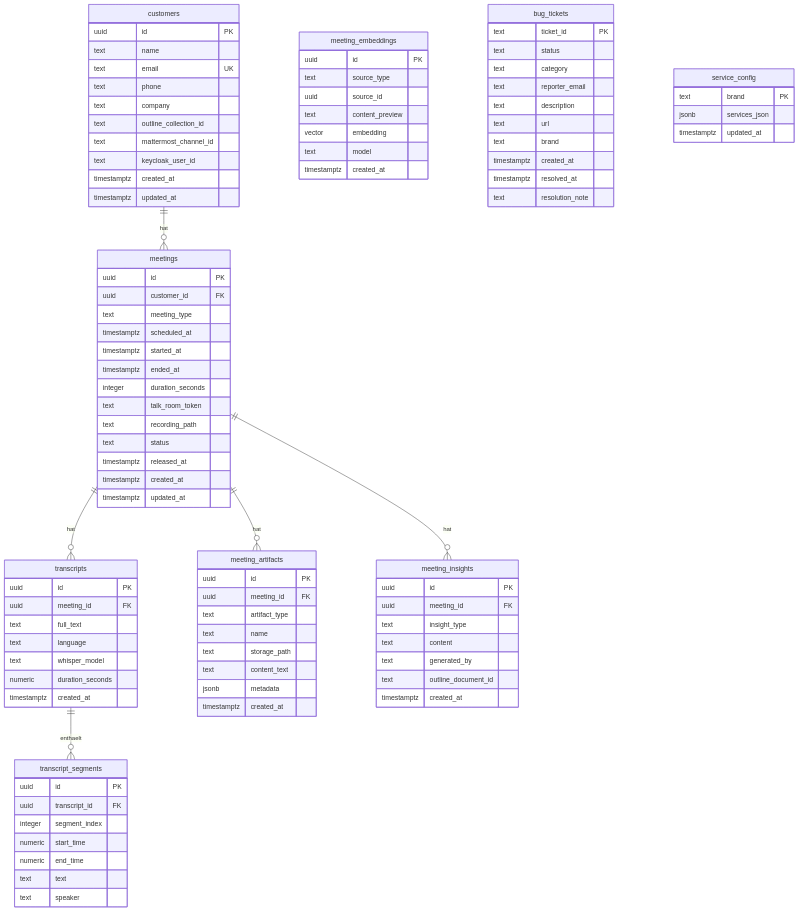
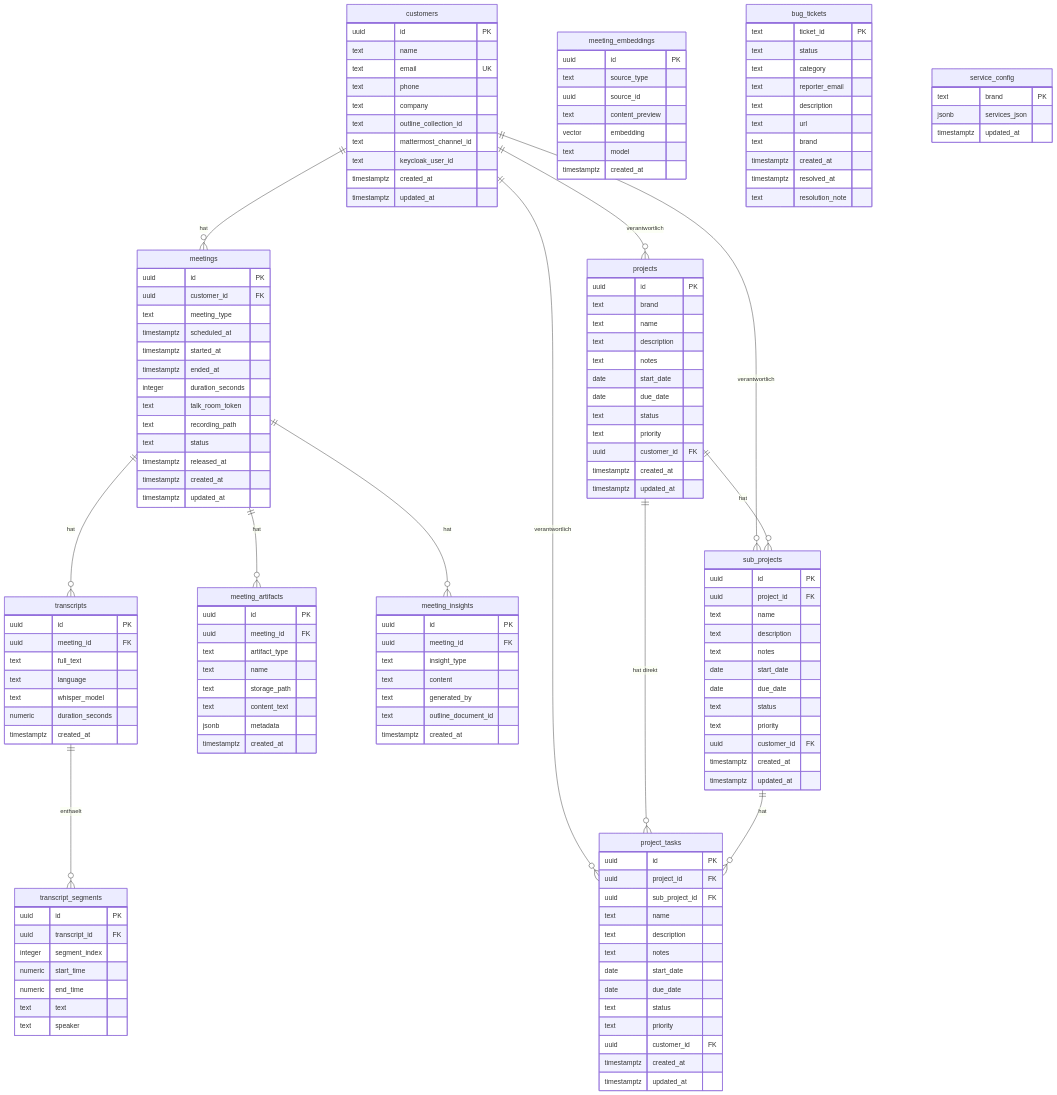
The first of 2 diagrams in docs/database.md (Paddione/Bachelorprojekt), drawn with Mermaid before and after one commit. The commit also changed other lines of this file and 15 other files, not shown here.

````diff
--- a/docs/database.md
+++ b/docs/database.md
@@ -113,9 +113,61 @@
         timestamptz updated_at
     }
 
+    projects {
+        uuid        id              PK
+        text        brand
+        text        name
+        text        description
+        text        notes
+        date        start_date
+        date        due_date
+        text        status
+        text        priority
+        uuid        customer_id     FK
+        timestamptz created_at
+        timestamptz updated_at
+    }
+
+    sub_projects {
+        uuid        id              PK
+        uuid        project_id      FK
+        text        name
+        text        description
+        text        notes
+        date        start_date
+        date        due_date
+        text        status
+        text        priority
+        uuid        customer_id     FK
+        timestamptz created_at
+        timestamptz updated_at
+    }
+
+    project_tasks {
+        uuid        id              PK
+        uuid        project_id      FK
+        uuid        sub_project_id  FK
+        text        name
+        text        description
+        text        notes
+        date        start_date
+        date        due_date
+        text        status
+        text        priority
+        uuid        customer_id     FK
+        timestamptz created_at
+        timestamptz updated_at
+    }
+
     customers        ||--o{ meetings             : "hat"
     meetings         ||--o{ transcripts          : "hat"
     transcripts      ||--o{ transcript_segments  : "enthaelt"
     meetings         ||--o{ meeting_artifacts    : "hat"
     meetings         ||--o{ meeting_insights     : "hat"
+    customers        ||--o{ projects             : "verantwortlich"
+    customers        ||--o{ sub_projects         : "verantwortlich"
+    customers        ||--o{ project_tasks        : "verantwortlich"
+    projects         ||--o{ sub_projects         : "hat"
+    projects         ||--o{ project_tasks        : "hat direkt"
+    sub_projects     ||--o{ project_tasks        : "hat"
 ```
````
